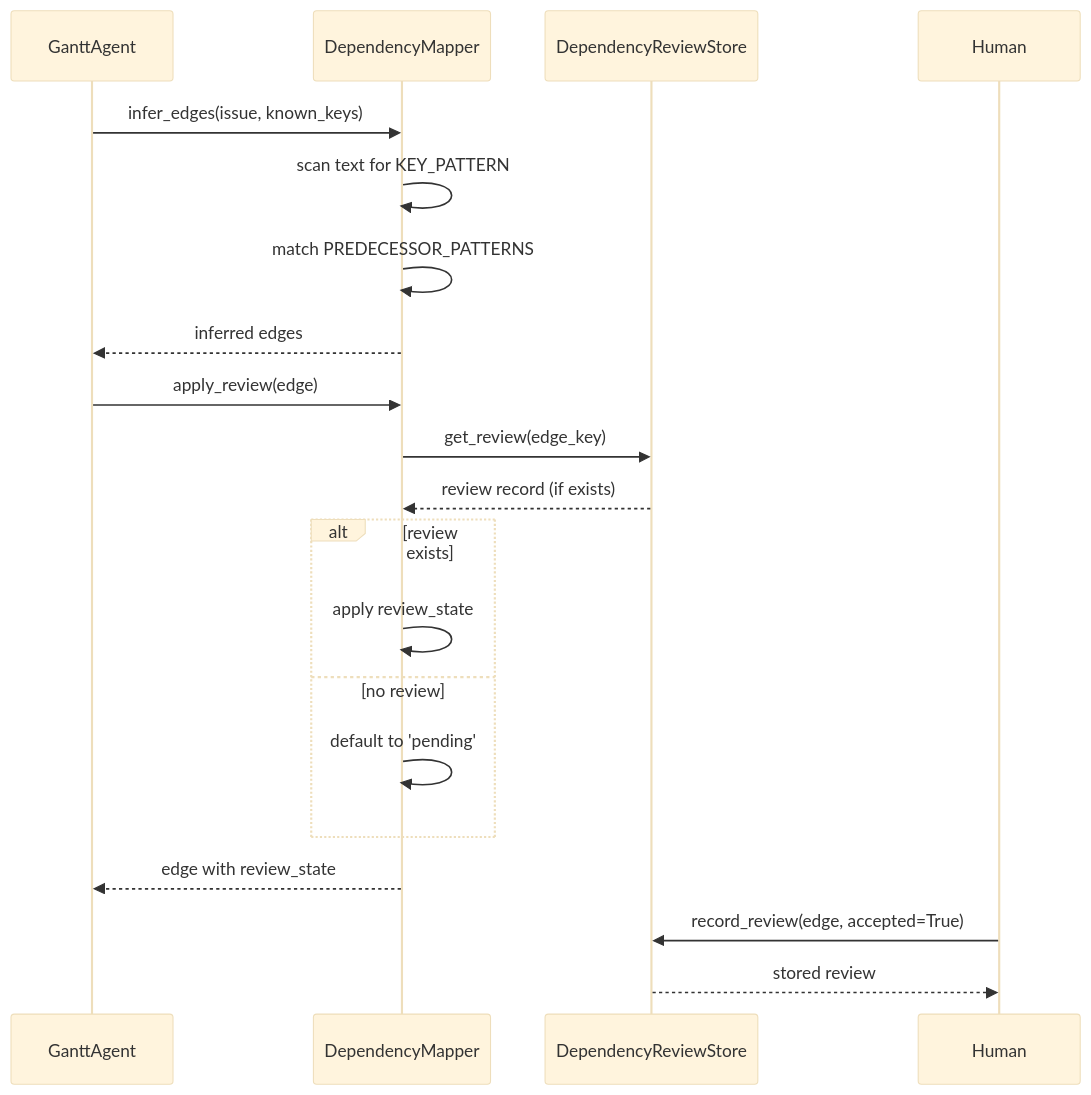
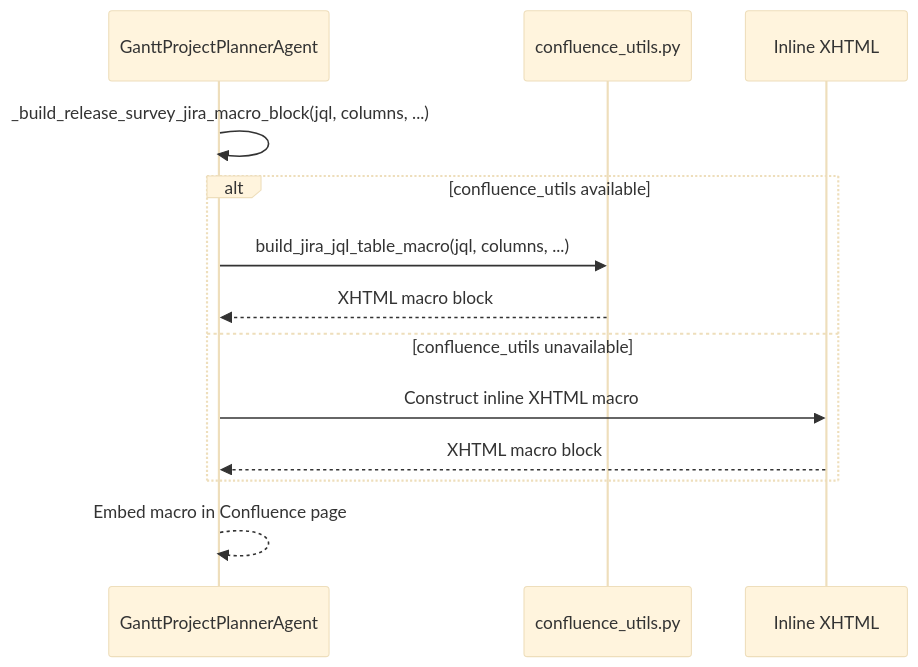
The fourth of 4 diagrams in docs/agents-gantt.md (jmac-cornelis/agent-workforce), drawn with Mermaid (base theme) before and after one commit. The commit also changed other lines of this file and 4 other files, not shown here.

````diff
--- a/docs/agents-gantt.md
+++ b/docs/agents-gantt.md
@@ -135,23 +141,16 @@
 ```mermaid
 sequenceDiagram
-    participant Agent as GanttAgent
-    participant DepMap as DependencyMapper
-    participant RevStore as DependencyReviewStore
-    participant Human
-    
-    Agent->>DepMap: infer_edges(issue, known_keys)
-    DepMap->>DepMap: scan text for KEY_PATTERN
-    DepMap->>DepMap: match PREDECESSOR_PATTERNS
-    DepMap-->>Agent: inferred edges
-    Agent->>DepMap: apply_review(edge)
-    DepMap->>RevStore: get_review(edge_key)
-    RevStore-->>DepMap: review record (if exists)
-    alt review exists
-        DepMap->>DepMap: apply review_state
-    else no review
-        DepMap->>DepMap: default to 'pending'
+    participant Agent as GanttProjectPlannerAgent
+    participant ConfluenceUtils as confluence_utils.py
+    participant Fallback as Inline XHTML
+
+    Agent->>Agent: _build_release_survey_jira_macro_block(jql, columns, ...)
+    alt confluence_utils available
+        Agent->>ConfluenceUtils: build_jira_jql_table_macro(jql, columns, ...)
+        ConfluenceUtils-->>Agent: XHTML macro block
+    else confluence_utils unavailable
+        Agent->>Fallback: Construct inline XHTML macro
+        Fallback-->>Agent: XHTML macro block
     end
-    DepMap-->>Agent: edge with review_state
-    Human->>RevStore: record_review(edge, accepted=True)
-    RevStore-->>Human: stored review
+    Agent-->>Agent: Embed macro in Confluence page
 ```
````
